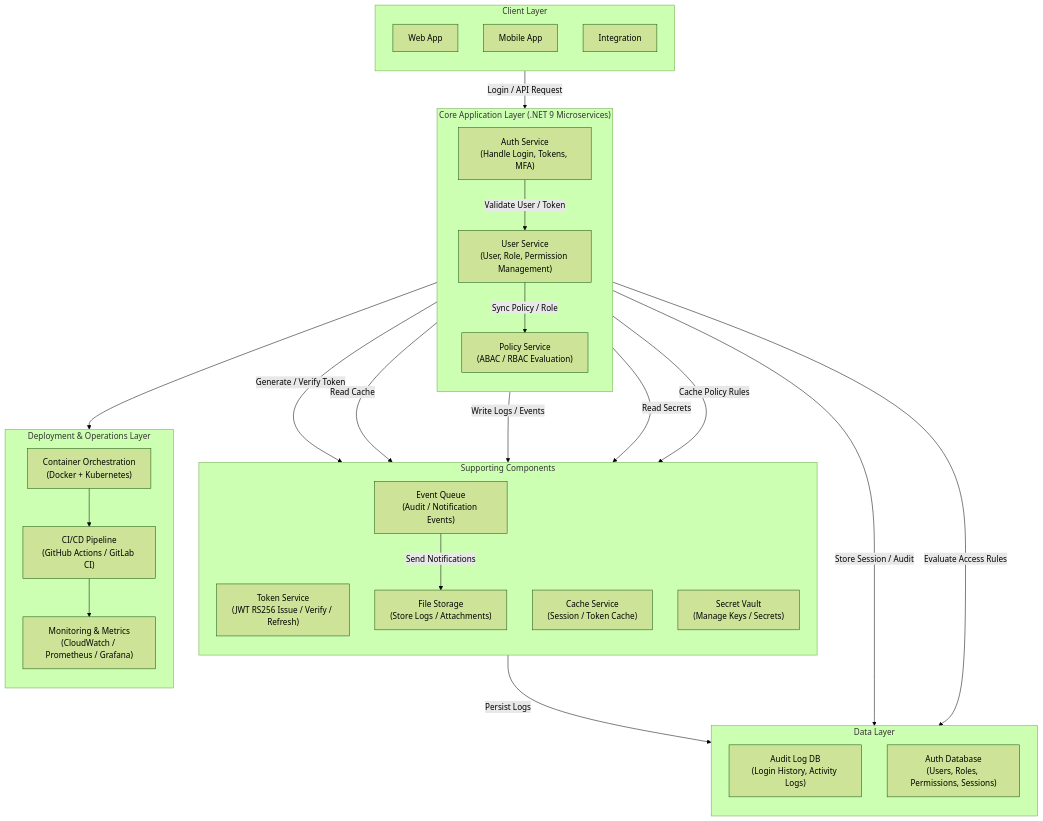
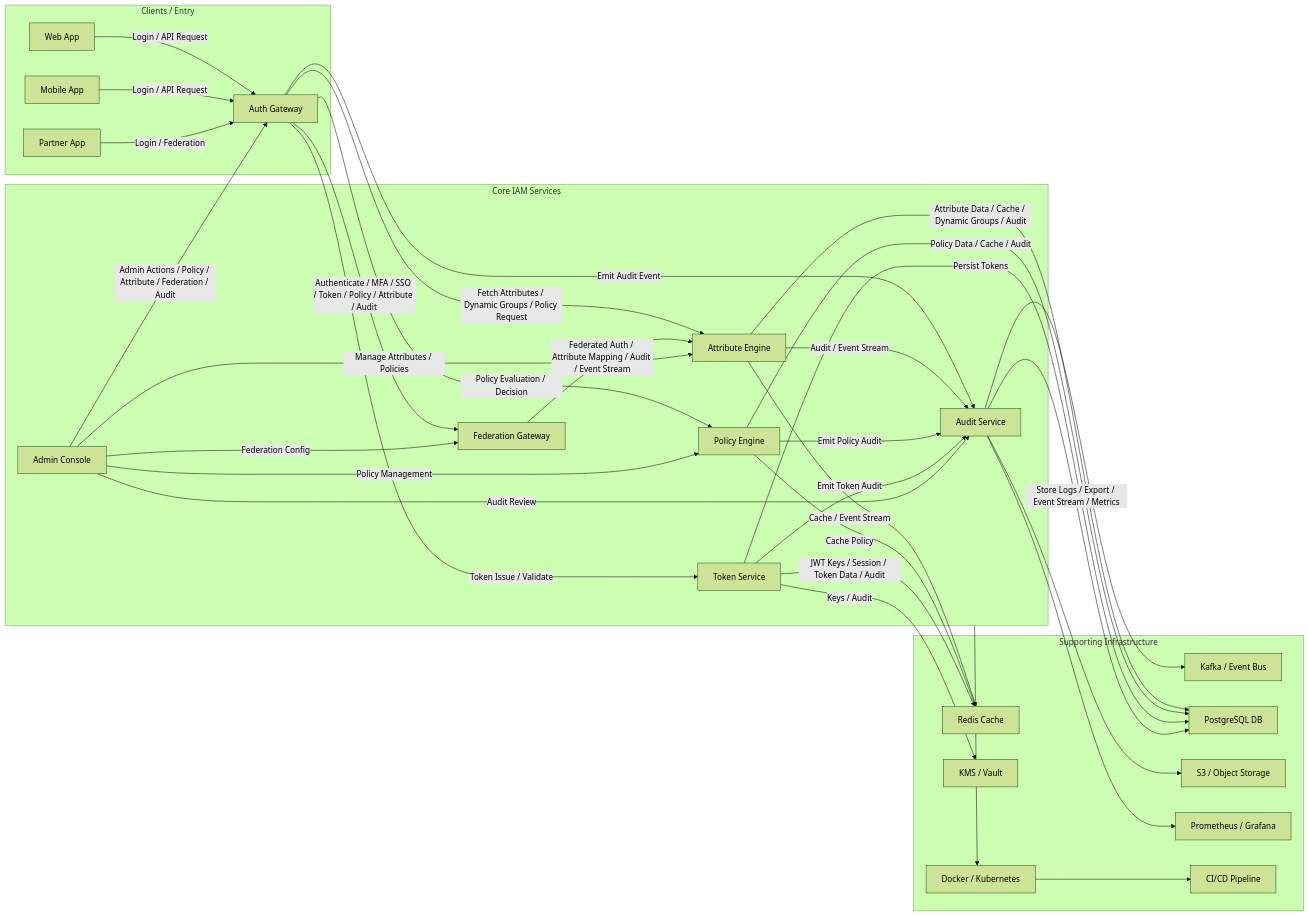
One commit to ittikornsopawan/domain-driven-design-cqrs-architecture changed the first of 2 diagrams in Service-Design/IAM/IAM.md. Above: the diagram before and after it, drawn with Mermaid (forest theme). The commit also changed other lines of this file and 1 other file, not shown here.

Commit message:
update iam

````diff
--- a/Service-Design/IAM/IAM.md
+++ b/Service-Design/IAM/IAM.md
@@ -160,76 +574,68 @@
 ```mermaid
-flowchart TD
-    %% ==========================
-    %% Clients
-    %% ==========================
-    subgraph Client["Client Layer"]
-        direction TB
-        Web["Web App"]
-        Mobile["Mobile App"]
-        Other["Integration"]
+flowchart LR
+    subgraph CLIENTS["Clients / Entry"]
+        WebApp["Web App"]
+        MobileApp["Mobile App"]
+        PartnerApp["Partner App"]
+        AuthGateway["Auth Gateway"]
     end
 
-    %% ==========================
-    %% API / Core Services
-    %% ==========================
-    subgraph Core["Core Application Layer (.NET 9 Microservices)"]
-        direction TB
-        AuthAPI["Auth Service<br/>(Handle Login, Tokens, MFA)"]
-        UserAPI["User Service<br/>(User, Role, Permission Management)"]
-        PolicyAPI["Policy Service<br/>(ABAC / RBAC Evaluation)"]
+    subgraph CORE["Core IAM Services"]
+        FederationGW["Federation Gateway"]
+        AttributeEngine["Attribute Engine"]
+        PolicyEngine["Policy Engine"]
+        TokenService["Token Service"]
+        AuditService["Audit Service"]
+        AdminConsole["Admin Console"]
     end
 
-    %% ==========================
-    %% Supporting Components
-    %% ==========================
-    subgraph Components["Supporting Components"]
-        direction TB
-        TokenService["Token Service<br/>(JWT RS256 Issue / Verify / Refresh)"]
-        Cache["Cache Service<br/>(Session / Token Cache)"]
-        SecretVault["Secret Vault<br/>(Manage Keys / Secrets)"]
-        Queue["Event Queue<br/>(Audit / Notification Events)"]
-        FileStorage["File Storage<br/>(Store Logs / Attachments)"]
+    subgraph INFRA["Supporting Infrastructure"]
+        Redis["Redis Cache"]
+        Kafka["Kafka / Event Bus"]
+        KMS["KMS / Vault"]
+        Postgres["PostgreSQL DB"]
+        S3["S3 / Object Storage"]
+        Prometheus["Prometheus / Grafana"]
+        Docker["Docker / Kubernetes"]
+        CI["CI/CD Pipeline"]
     end
 
-    %% ==========================
-    %% Data Layer
-    %% ==========================
-    subgraph DataLayer["Data Layer"]
-        direction TB
-        LogDB["Audit Log DB<br/>(Login History, Activity Logs)"]
-        AuthDB["Auth Database<br/>(Users, Roles, Permissions, Sessions)"]
-    end
+    %% Main flows (one edge per node pair)
+    WebApp -->|Login / API Request| AuthGateway
+    MobileApp -->|Login / API Request| AuthGateway
+    PartnerApp -->|Login / Federation| AuthGateway
 
-    %% ==========================
-    %% DevOps Layer
-    %% ==========================
-    subgraph Platform["Deployment & Operations Layer"]
-        direction TB
-        Container["Container Orchestration<br/>(Docker + Kubernetes)"]
-        CICD["CI/CD Pipeline<br/>(GitHub Actions / GitLab CI)"]
-        Monitor["Monitoring & Metrics<br/>(CloudWatch / Prometheus / Grafana)"]
-    end
+    AuthGateway -->|"Authenticate / MFA / SSO / Token / Policy / Attribute / Audit"| FederationGW
+    AuthGateway -->|"Fetch Attributes / Dynamic Groups / Policy Request"| AttributeEngine
+    AuthGateway -->|"Token Issue / Validate"| TokenService
+    AuthGateway -->|"Policy Evaluation / Decision"| PolicyEngine
+    AuthGateway -->|"Emit Audit Event"| AuditService
 
-    %% ==========================
-    %% Flows
-    %% ==========================
-    Client -->|"Login / API Request"| AuthAPI
-    AuthAPI -->|"Validate User / Token"| UserAPI
-    AuthAPI -->|"Generate / Verify Token"| TokenService
-    AuthAPI -->|"Read Cache"| Cache
-    AuthAPI -->|"Write Logs / Events"| Queue
-    AuthAPI -->|"Read Secrets"| SecretVault
-    AuthAPI -->|"Store Session / Audit"| AuthDB
+    FederationGW -->|"Federated Auth / Attribute Mapping / Audit / Event Stream"| AttributeEngine
+    AttributeEngine -->|"Attribute Data / Cache / Dynamic Groups / Audit"| Postgres
+    AttributeEngine -->|"Cache / Event Stream"| Redis
+    AttributeEngine -->|"Audit / Event Stream"| AuditService
 
-    UserAPI -->|"Sync Policy / Role"| PolicyAPI
-    PolicyAPI -->|"Evaluate Access Rules"| AuthDB
-    PolicyAPI -->|"Cache Policy Rules"| Cache
+    PolicyEngine -->|"Policy Data / Cache / Audit"| Postgres
+    PolicyEngine -->|"Cache Policy"| Redis
+    PolicyEngine -->|"Emit Policy Audit"| AuditService
 
-    Queue -->|"Persist Logs"| LogDB
-    Queue -->|"Send Notifications"| FileStorage
+    TokenService -->|"JWT Keys / Session / Token Data / Audit"| Redis
+    TokenService -->|"Persist Tokens"| Postgres
+    TokenService -->|"Keys / Audit"| KMS
+    TokenService -->|"Emit Token Audit"| AuditService
 
-    %% DevOps Integration
-    Core --> Container
-    Container --> CICD
-    CICD --> Monitor
+    AdminConsole -->|"Admin Actions / Policy / Attribute / Federation / Audit"| AuthGateway
+    AdminConsole -->|"Manage Attributes / Policies"| AttributeEngine
+    AdminConsole -->|"Policy Management"| PolicyEngine
+    AdminConsole -->|"Federation Config"| FederationGW
+    AdminConsole -->|"Audit Review"| AuditService
+
+    AuditService -->|"Store Logs / Export / Event Stream / Metrics"| Postgres
+    AuditService --> S3
+    AuditService --> Kafka
+    AuditService --> Prometheus
+
+    CORE --> Docker
+    Docker --> CI
 ```
````
